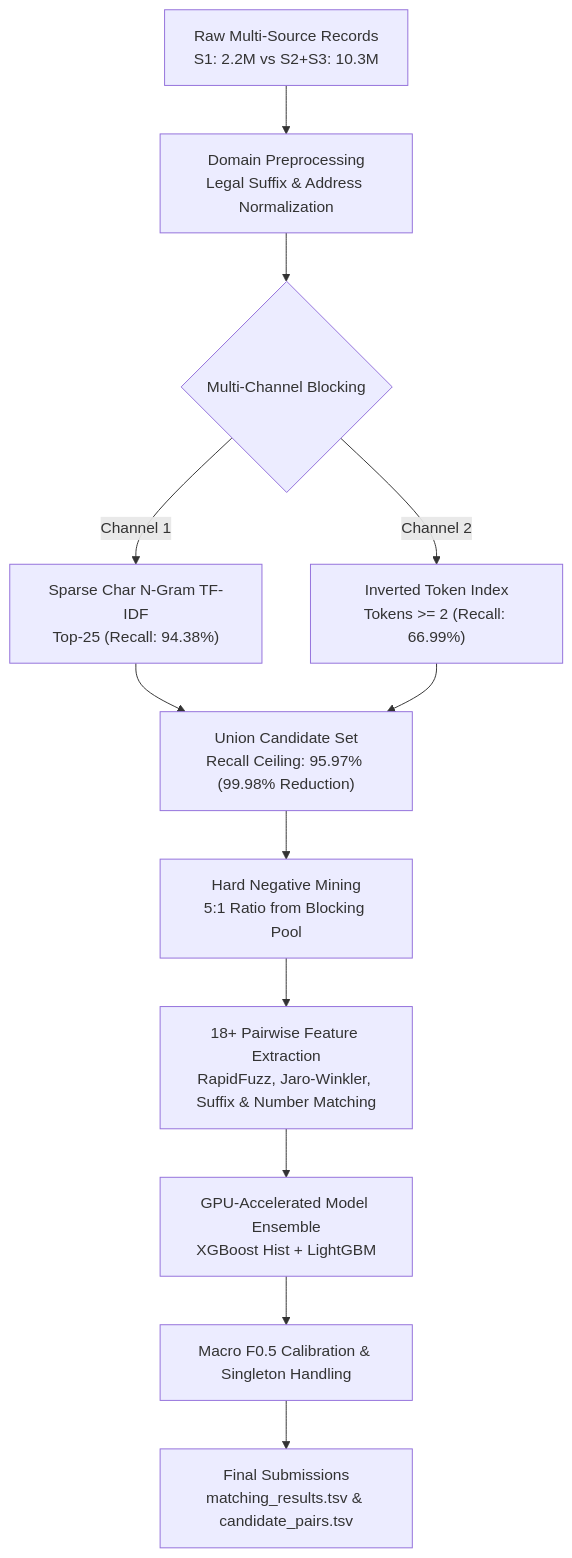
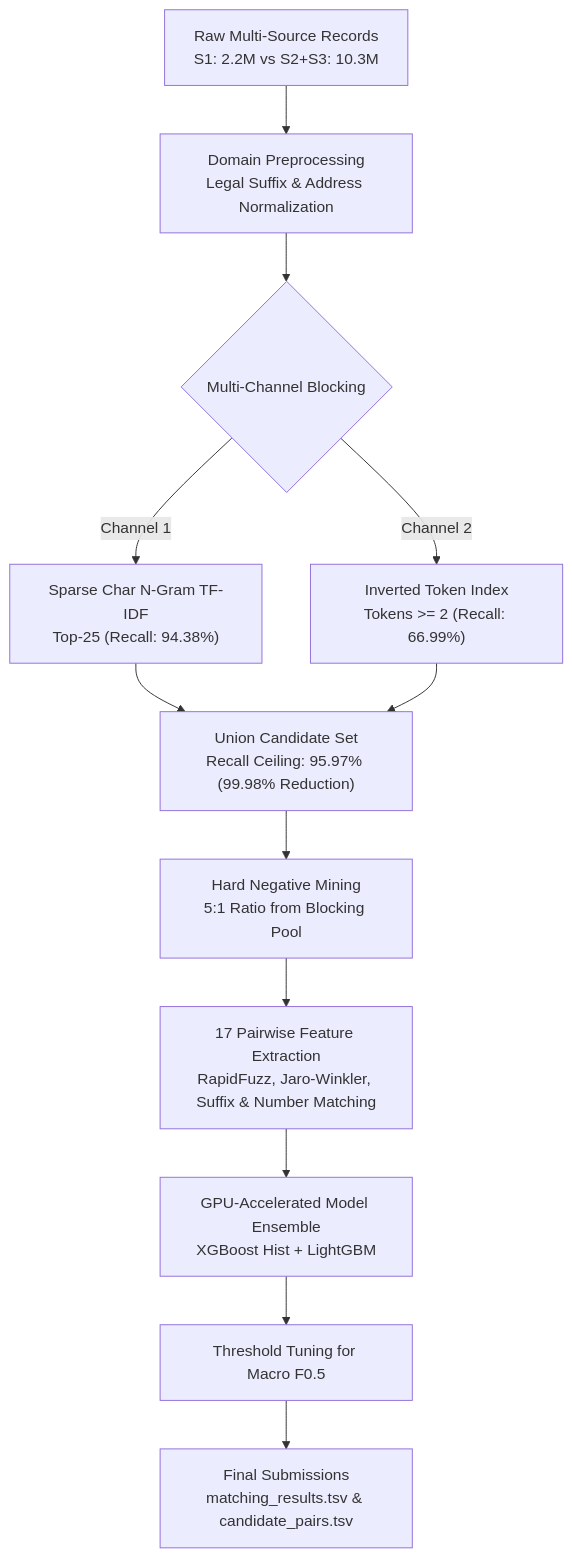
Before and after one commit to saurabhduhariya/amazon-ml-challenge: the diagram in README.md, drawn with Mermaid. The commit also changed other lines of this file and 6 other files, not shown here.

Commit message:
Refactor feature extraction and update documentation

````diff
--- a/README.md
+++ b/README.md
@@ -26,18 +25,18 @@
 ```mermaid
 graph TD
     A["Raw Multi-Source Records<br/>S1: 2.2M vs S2+S3: 10.3M"] --> B["Domain Preprocessing<br/>Legal Suffix & Address Normalization"]
     B --> C{"Multi-Channel Blocking"}
     
     C -->|Channel 1| D["Sparse Char N-Gram TF-IDF<br/>Top-25 (Recall: 94.38%)"]
     C -->|Channel 2| E["Inverted Token Index<br/>Tokens >= 2 (Recall: 66.99%)"]
     
     D --> F["Union Candidate Set<br/>Recall Ceiling: 95.97% (99.98% Reduction)"]
     E --> F
     
     F --> G["Hard Negative Mining<br/>5:1 Ratio from Blocking Pool"]
-    G --> H["18+ Pairwise Feature Extraction<br/>RapidFuzz, Jaro-Winkler, Suffix & Number Matching"]
+    G --> H["17 Pairwise Feature Extraction<br/>RapidFuzz, Jaro-Winkler, Suffix & Number Matching"]
     
     H --> I["GPU-Accelerated Model Ensemble<br/>XGBoost Hist + LightGBM"]
-    I --> J["Macro F0.5 Calibration & Singleton Handling"]
+    I --> J["Threshold Tuning for Macro F0.5"]
     J --> K["Final Submissions<br/>matching_results.tsv & candidate_pairs.tsv"]
 ```
````
